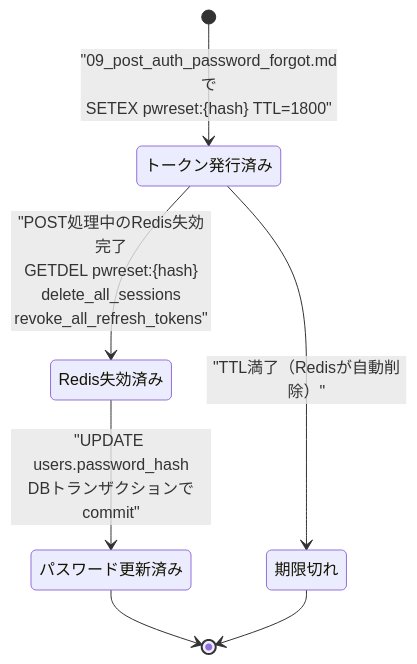
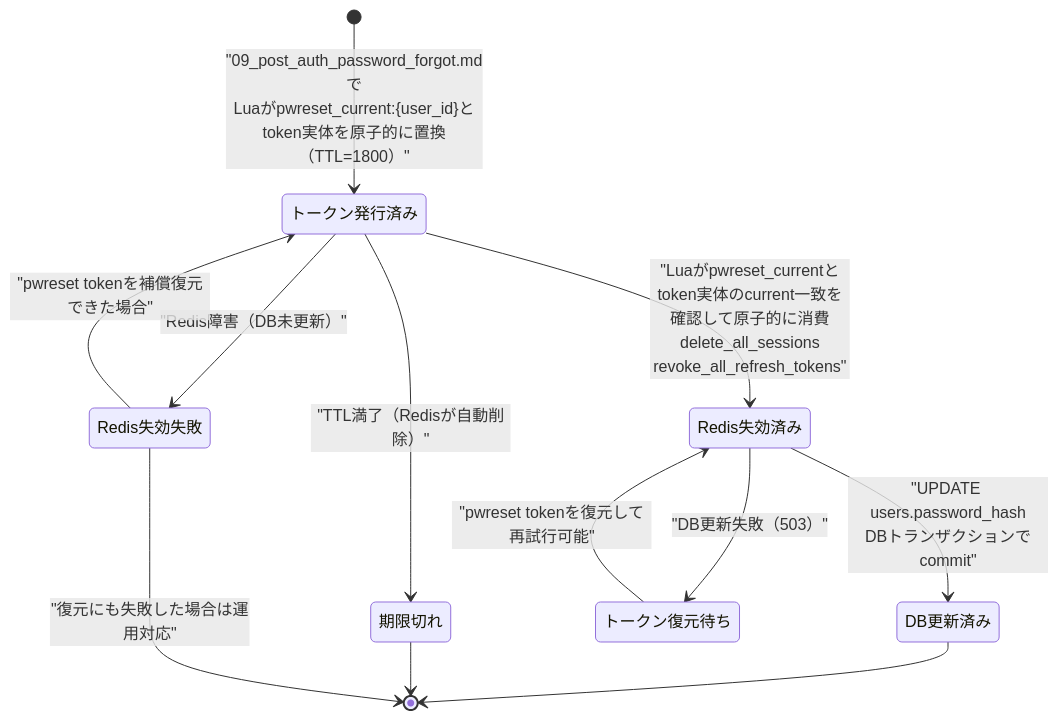
One commit to oikawa-d/task_management changed the fourth of 4 diagrams in docs/detailed_design/api/auth/10_post_auth_password_reset.md. Above: the diagram before and after it, drawn with Mermaid. The commit also changed other lines of this file and 80 other files, not shown here.

````diff
--- a/docs/detailed_design/api/auth/10_post_auth_password_reset.md
+++ b/docs/detailed_design/api/auth/10_post_auth_password_reset.md
@@ -238,9 +256,14 @@
 ```mermaid
 stateDiagram-v2
-    [*] --> トークン発行済み: "09_post_auth_password_forgot.mdで<br/>SETEX pwreset:{hash} TTL=1800"
-    トークン発行済み --> Redis失効済み: "POST処理中のRedis失効完了<br/>GETDEL pwreset:{hash}<br/>delete_all_sessions<br/>revoke_all_refresh_tokens"
+    [*] --> トークン発行済み: "09_post_auth_password_forgot.mdで<br/>Luaがpwreset_current:{user_id}とtoken実体を原子的に置換（TTL=1800）"
+    トークン発行済み --> Redis失効済み: "Luaがpwreset_currentとtoken実体のcurrent一致を確認して原子的に消費<br/>delete_all_sessions<br/>revoke_all_refresh_tokens"
+    トークン発行済み --> Redis失効失敗: "Redis障害（DB未更新）"
+    Redis失効失敗 --> トークン発行済み: "pwreset tokenを補償復元できた場合"
     トークン発行済み --> 期限切れ: "TTL満了（Redisが自動削除）"
-    Redis失効済み --> パスワード更新済み: "UPDATE users.password_hash<br/>DBトランザクションでcommit"
-    パスワード更新済み --> [*]
+    Redis失効済み --> DB更新済み: "UPDATE users.password_hash<br/>DBトランザクションでcommit"
+    Redis失効済み --> トークン復元待ち: "DB更新失敗（503）"
+    トークン復元待ち --> Redis失効済み: "pwreset tokenを復元して再試行可能"
+    DB更新済み --> [*]
     期限切れ --> [*]
+    Redis失効失敗 --> [*]: "復元にも失敗した場合は運用対応"
 ```
````
